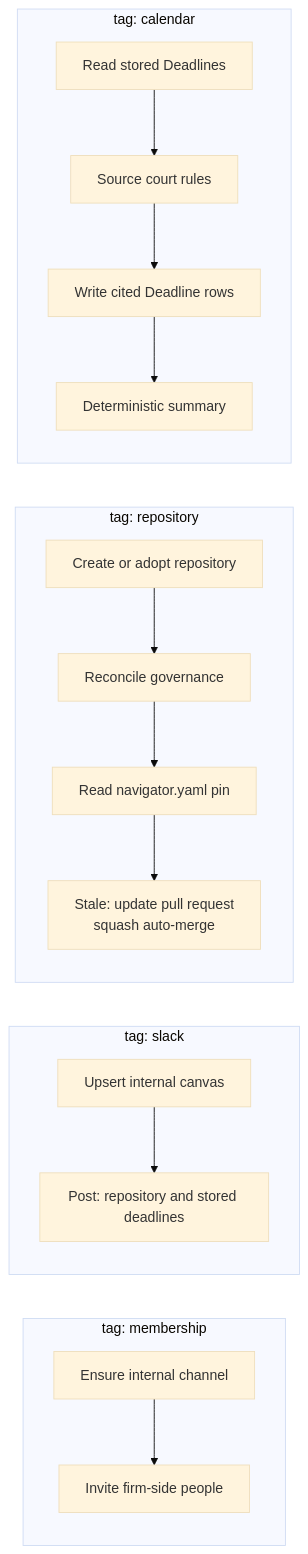
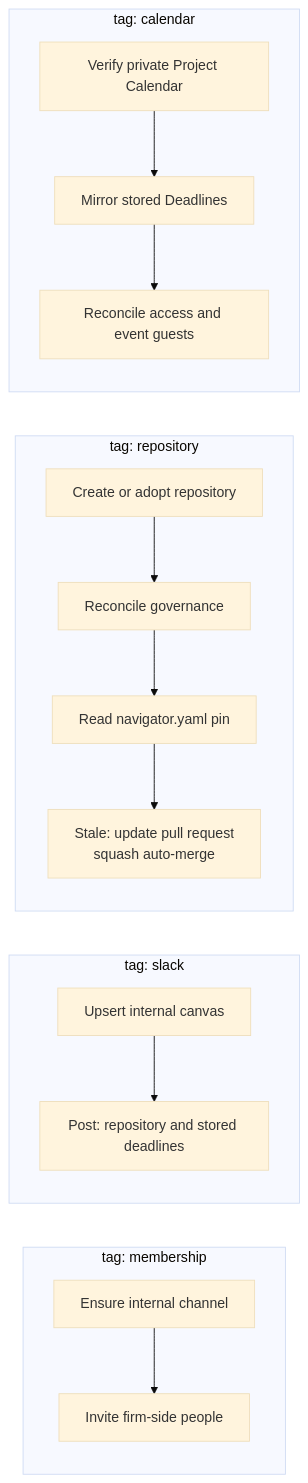
The second of 2 diagrams in docs/glossary/nightly-project-update.md (neon-law/navigator), drawn with Mermaid (base theme) before and after one commit. The commit also changed other lines of this file and 13 other files, not shown here.

Commit message:
feat(workflows): reconcile Project calendars in the daily DBOS update

````diff
--- a/docs/glossary/nightly-project-update.md
+++ b/docs/glossary/nightly-project-update.md
@@ -98,23 +91,22 @@
 ```mermaid
 flowchart LR
   subgraph membership ["tag: membership"]
     direction TB
     M1[Ensure internal channel] --> M2[Invite firm-side people]
   end
   subgraph slack ["tag: slack"]
     direction TB
     S1[Upsert internal canvas] --> S2["Post: repository and stored deadlines"]
   end
   subgraph repository ["tag: repository"]
     direction TB
     R1[Create or adopt repository] --> R2[Reconcile governance]
     R2 --> R3[Read navigator.yaml pin]
     R3 --> R4["Stale: update pull request<br/>squash auto-merge"]
   end
   subgraph calendar ["tag: calendar"]
     direction TB
-    C1[Read stored Deadlines] --> C2[Source court rules]
-    C2 --> C3[Write cited Deadline rows]
-    C3 --> C4[Deterministic summary]
+    C1[Verify private Project Calendar] --> C2[Mirror stored Deadlines]
+    C2 --> C3[Reconcile access and event guests]
   end
 ```
````
